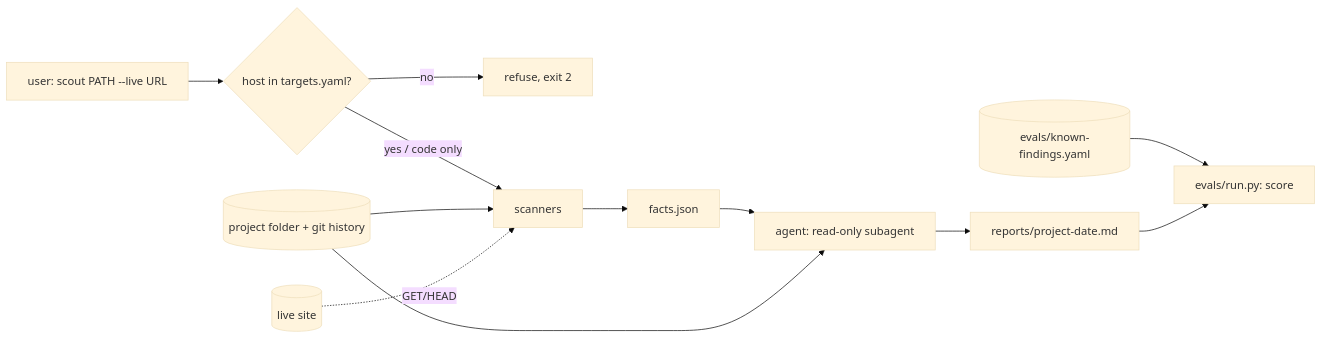
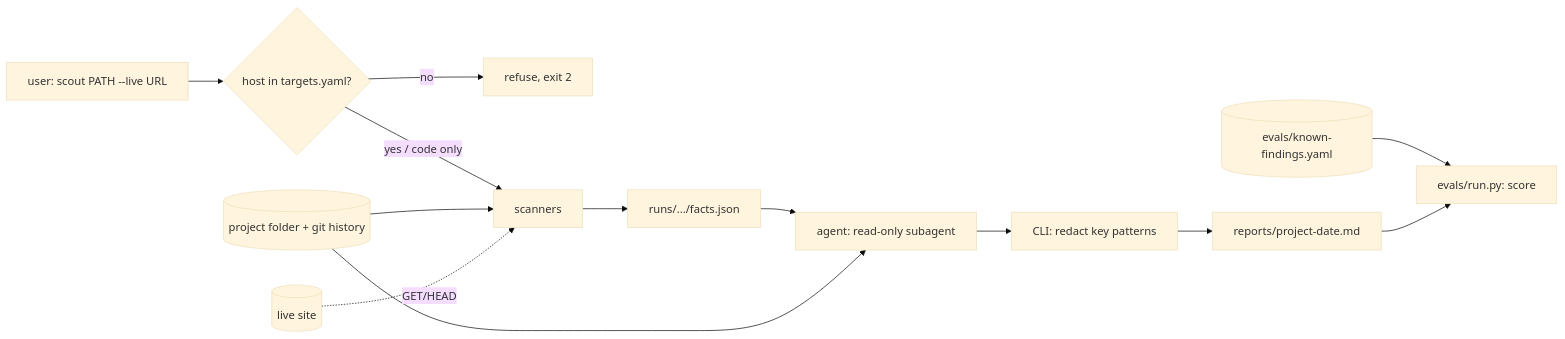
One commit to ozt5002-stack/security-scout changed the diagram in docs/02-architecture.md. Above: the diagram before and after it, drawn with Mermaid (base theme). The commit also changed other lines of this file and 2 other files, not shown here.

Commit message:
Architecture: review fixes - publish detection, hostile-repo safety (D10), 7 eval runs, matching rule, run folder, Windows (D11); design wording aligned

````diff
--- a/docs/02-architecture.md
+++ b/docs/02-architecture.md
@@ -34,14 +37,15 @@
 ```mermaid
 flowchart LR
   U[user: scout PATH --live URL] --> G{host in targets.yaml?}
   G -- no --> X[refuse, exit 2]
   G -- yes / code only --> S[scanners]
   P[(project folder + git history)] --> S
   W[(live site)] -.GET/HEAD.-> S
-  S --> F[facts.json]
+  S --> F[runs/.../facts.json]
   F --> A[agent: read-only subagent]
   P --> A
-  A --> R[reports/project-date.md]
+  A --> RD[CLI: redact key patterns]
+  RD --> R[reports/project-date.md]
   KF[(evals/known-findings.yaml)] --> E[evals/run.py: score]
   R --> E
 ```
````
